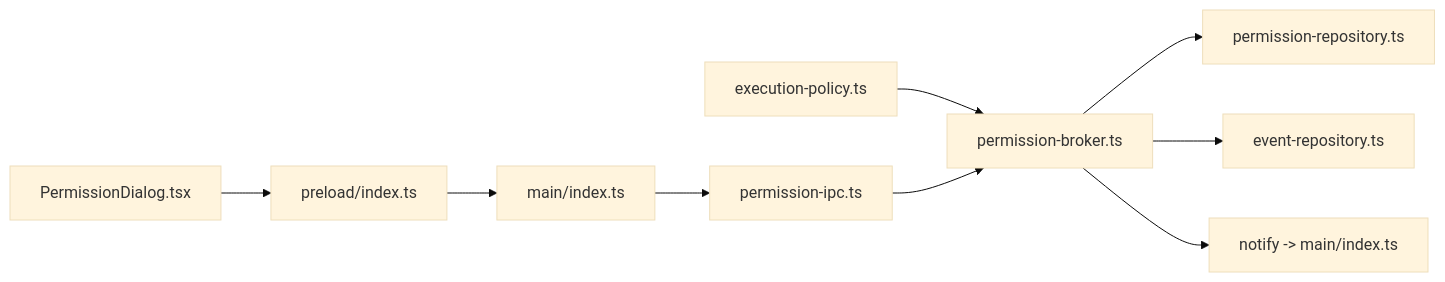
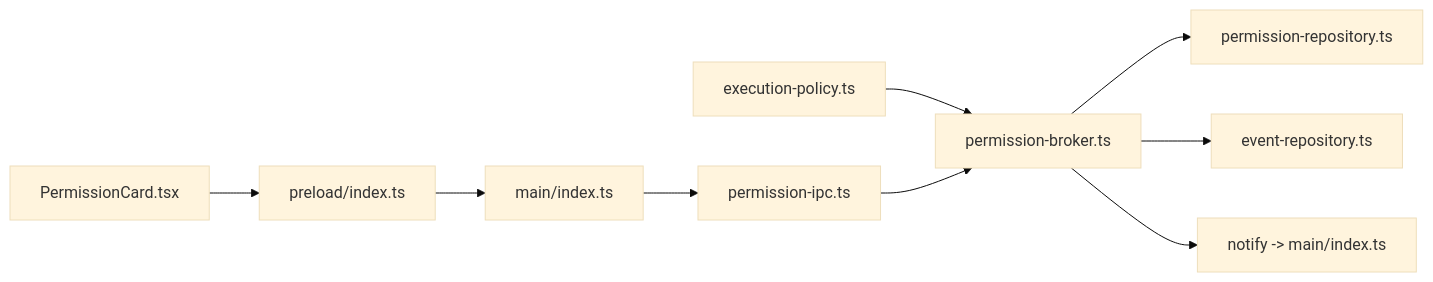
Before and after one commit to Azusa010/personal-agent: the eighth of 8 diagrams in .repowiki/zh/content/权限管理系统/审批流程.md, drawn with Mermaid (base theme). The commit also changed other lines of this file and 88 other files, not shown here.

````diff
--- a/.repowiki/zh/content/权限管理系统/审批流程.md
+++ b/.repowiki/zh/content/权限管理系统/审批流程.md
@@ -348,11 +348,11 @@
 ```mermaid
 graph LR
 POL["execution-policy.ts"] --> BRK["permission-broker.ts"]
 BRK --> REPO["permission-repository.ts"]
 BRK --> EVT["event-repository.ts"]
 BRK --> NOTI["notify -> main/index.ts"]
 MAIN["main/index.ts"] --> IPC["permission-ipc.ts"]
 IPC --> BRK
 PRE["preload/index.ts"] --> MAIN
-RENDER["PermissionDialog.tsx"] --> PRE
+RENDER["PermissionCard.tsx"] --> PRE
 ```
````
